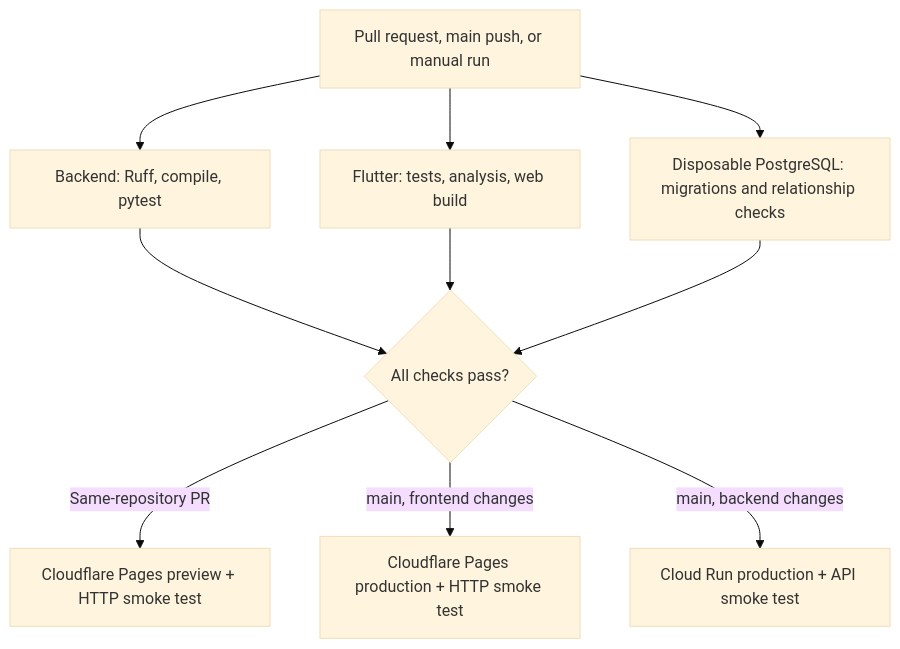
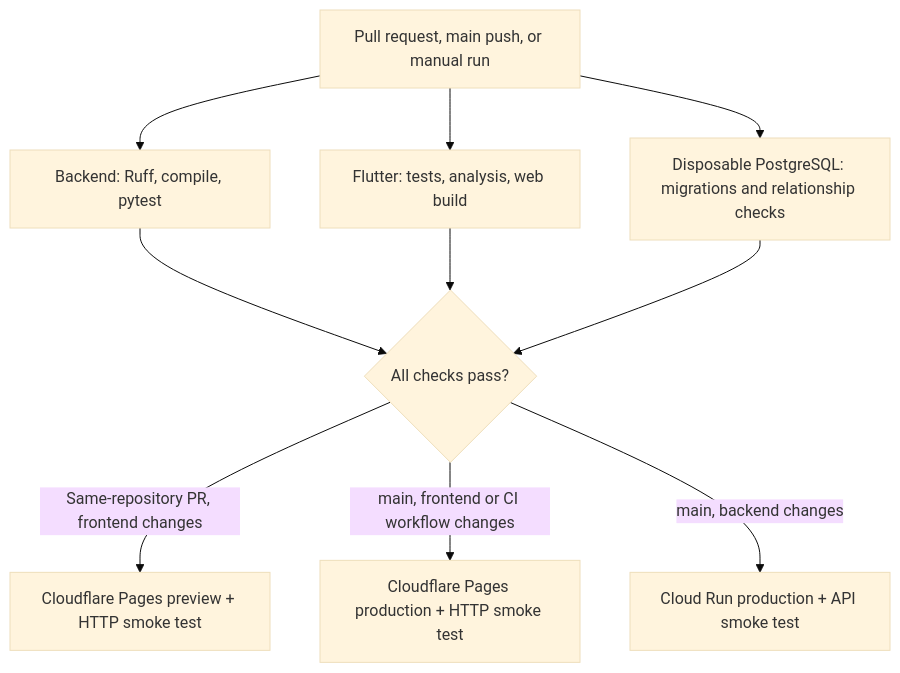
Before and after one commit to relax-mode/lagaw: the diagram in PIPELINE.md, drawn with Mermaid (base theme). The commit also changed other lines of this file and 2 other files, not shown here.

Commit message:
docs: record verified CI workflow behavior

````diff
--- a/PIPELINE.md
+++ b/PIPELINE.md
@@ -7,12 +7,12 @@
 ```mermaid
 flowchart TD
   Trigger[Pull request, main push, or manual run] --> Backend[Backend: Ruff, compile, pytest]
   Trigger --> Frontend[Flutter: tests, analysis, web build]
   Trigger --> Database[Disposable PostgreSQL: migrations and relationship checks]
   Backend --> Gate{All checks pass?}
   Frontend --> Gate
   Database --> Gate
-  Gate -->|Same-repository PR| Preview[Cloudflare Pages preview + HTTP smoke test]
-  Gate -->|main, frontend changes| ProductionWeb[Cloudflare Pages production + HTTP smoke test]
+  Gate -->|Same-repository PR, frontend changes| Preview[Cloudflare Pages preview + HTTP smoke test]
+  Gate -->|main, frontend or CI workflow changes| ProductionWeb[Cloudflare Pages production + HTTP smoke test]
   Gate -->|main, backend changes| ProductionAPI[Cloud Run production + API smoke test]
 ```
````
